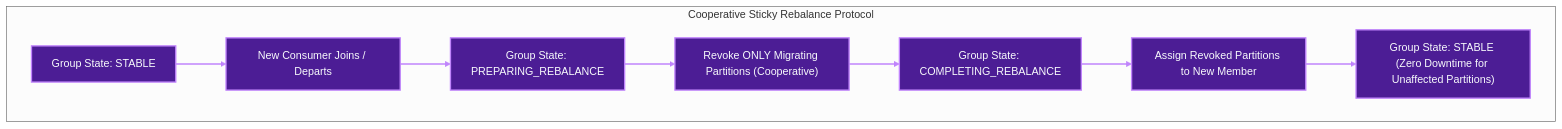
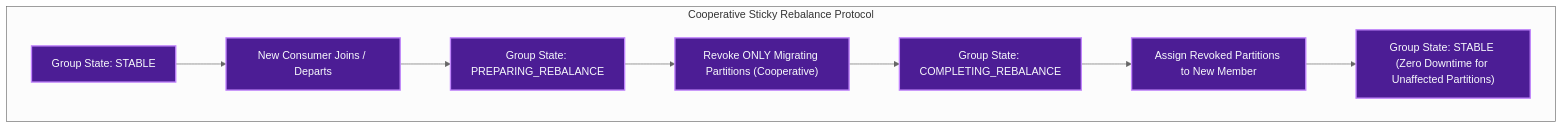
Before and after one commit to Chief-Strategist-J/llm-obs-infra: diagram 13 of 24 in docs/configDoc/kafka-configuration-guide.md, drawn with Mermaid (neutral theme). The commit also changed other lines of this file, not shown here.

Commit message:
fix(kafka-docs): remove linkStyle directives and replace ampersands in Mermaid diagrams to eliminate GitHub rendering crashes

````diff
--- a/docs/configDoc/kafka-configuration-guide.md
+++ b/docs/configDoc/kafka-configuration-guide.md
@@ -1203,21 +1172,19 @@
 ```mermaid
 graph TD
     subgraph CooperativeRebalance ["Cooperative Sticky Rebalance Protocol"]
         State1["Group State: STABLE"] --> MemberJoin["New Consumer Joins / Departs"]
         MemberJoin --> State2["Group State: PREPARING_REBALANCE"]
         State2 --> RevokeStep["Revoke ONLY Migrating Partitions (Cooperative)"]
         RevokeStep --> State3["Group State: COMPLETING_REBALANCE"]
         State3 --> AssignStep["Assign Revoked Partitions to New Member"]
         AssignStep --> State4["Group State: STABLE (Zero Downtime for Unaffected Partitions)"]
     end
 
     style State1 fill:#4c1d95,stroke:#c084fc,stroke-width:2px,color:#f8fafc
     style MemberJoin fill:#4c1d95,stroke:#c084fc,stroke-width:2px,color:#f8fafc
     style State2 fill:#4c1d95,stroke:#c084fc,stroke-width:2px,color:#f8fafc
     style RevokeStep fill:#4c1d95,stroke:#c084fc,stroke-width:2px,color:#f8fafc
     style State3 fill:#4c1d95,stroke:#c084fc,stroke-width:2px,color:#f8fafc
     style AssignStep fill:#4c1d95,stroke:#c084fc,stroke-width:2px,color:#f8fafc
     style State4 fill:#4c1d95,stroke:#c084fc,stroke-width:2px,color:#f8fafc
-
-    linkStyle 0,1,2,3,4,5 stroke:#c084fc,stroke-width:2px;
 ```
````
